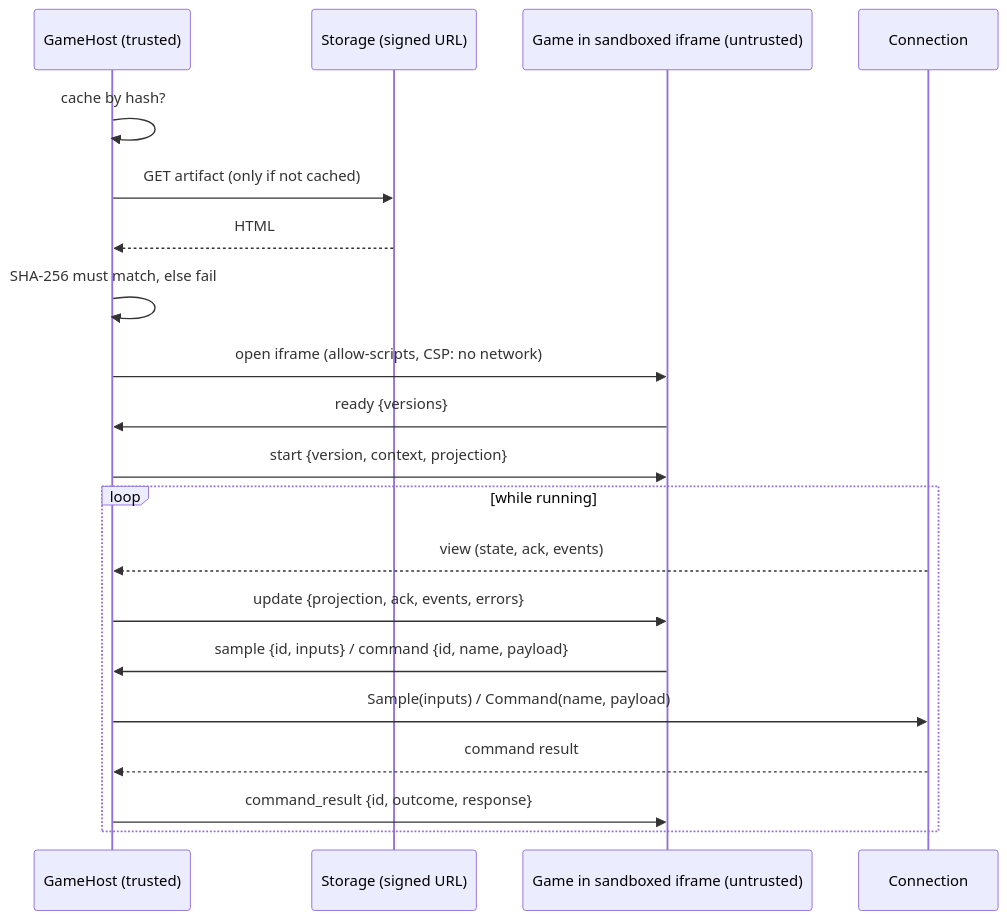
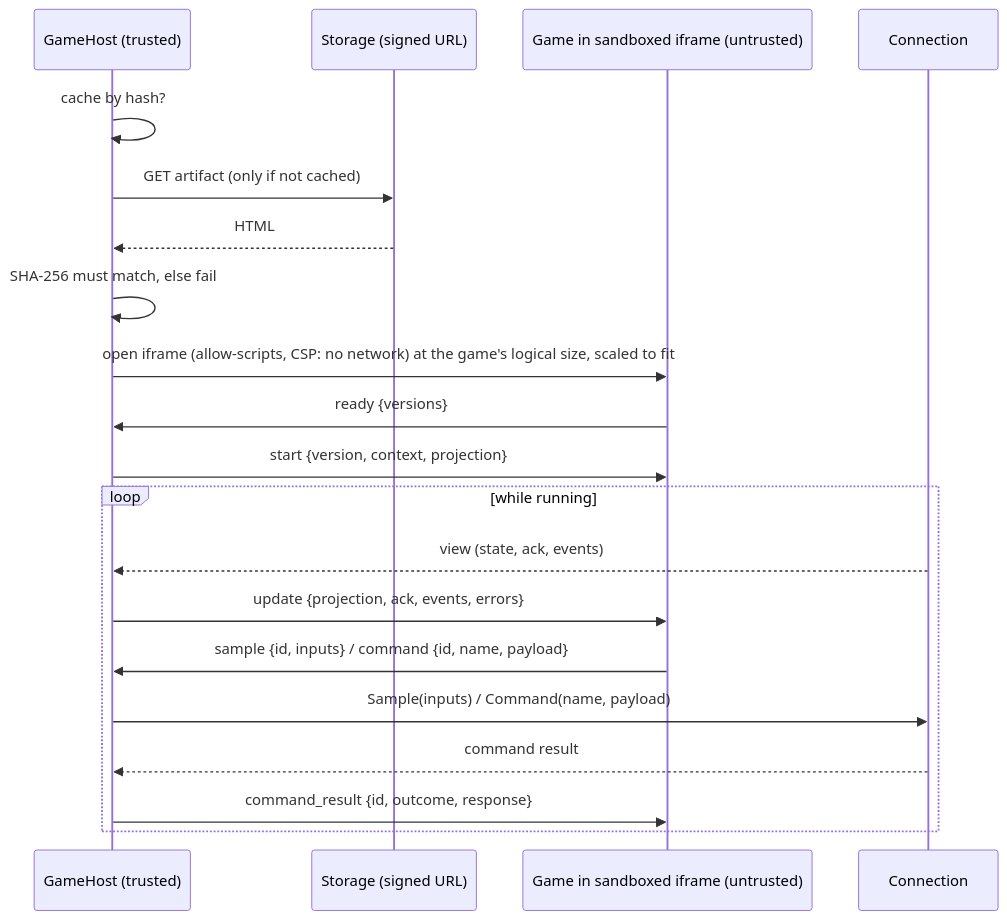
The fourth of 4 diagrams in docs/logic/FLOWS.md (diegobermudez03/playhoot_frontend), drawn with Mermaid before and after one commit. The commit also changed other lines of this file and 32 other files, not shown here.

````diff
--- a/docs/logic/FLOWS.md
+++ b/docs/logic/FLOWS.md
@@ -164,22 +164,22 @@
 ```mermaid
 sequenceDiagram
     participant H as GameHost (trusted)
     participant S as Storage (signed URL)
     participant G as Game in sandboxed iframe (untrusted)
     participant C as Connection
     H->>H: cache by hash?
     H->>S: GET artifact (only if not cached)
     S-->>H: HTML
     H->>H: SHA-256 must match, else fail
-    H->>G: open iframe (allow-scripts, CSP: no network)
+    H->>G: open iframe (allow-scripts, CSP: no network) at the game's logical size, scaled to fit
     G->>H: ready {versions}
     H->>G: start {version, context, projection}
     loop while running
         C-->>H: view (state, ack, events)
         H->>G: update {projection, ack, events, errors}
         G->>H: sample {id, inputs} / command {id, name, payload}
         H->>C: Sample(inputs) / Command(name, payload)
         C-->>H: command result
         H->>G: command_result {id, outcome, response}
     end
 ```
````
